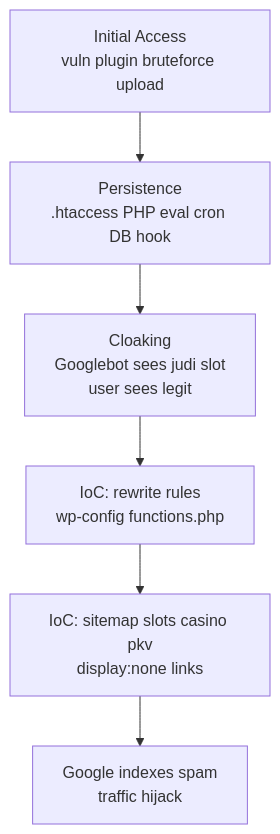
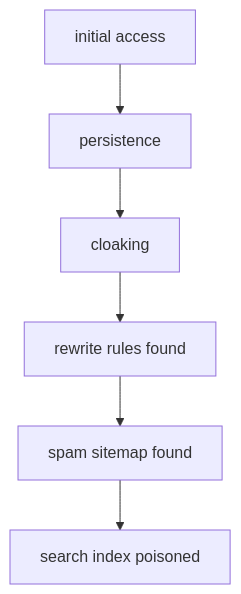
Diagram 14 of 32 in Graph-Web-Atlas.md (444Nazky/My-Vault), drawn with Mermaid before and after one commit. The commit also changed other lines of this file and 8 other files, not shown here.

````diff
--- a/Graph-Web-Atlas.md
+++ b/Graph-Web-Atlas.md
@@ -229,8 +266,8 @@
 ```mermaid
 flowchart TD
-    A[Initial Access<br/>vuln plugin bruteforce upload] --> B[Persistence<br/>.htaccess PHP eval cron DB hook]
-    B --> C[Cloaking<br/>Googlebot sees judi slot<br/>user sees legit]
-    C --> D[IoC: rewrite rules<br/>wp-config functions.php]
-    D --> E[IoC: sitemap slots casino pkv<br/>display:none links]
-    E --> F[Google indexes spam<br/>traffic hijack]
+    A["initial access"] --> B["persistence"]
+    B --> C["cloaking"]
+    C --> D["rewrite rules found"]
+    D --> E["spam sitemap found"]
+    E --> F["search index poisoned"]
 ```
````
